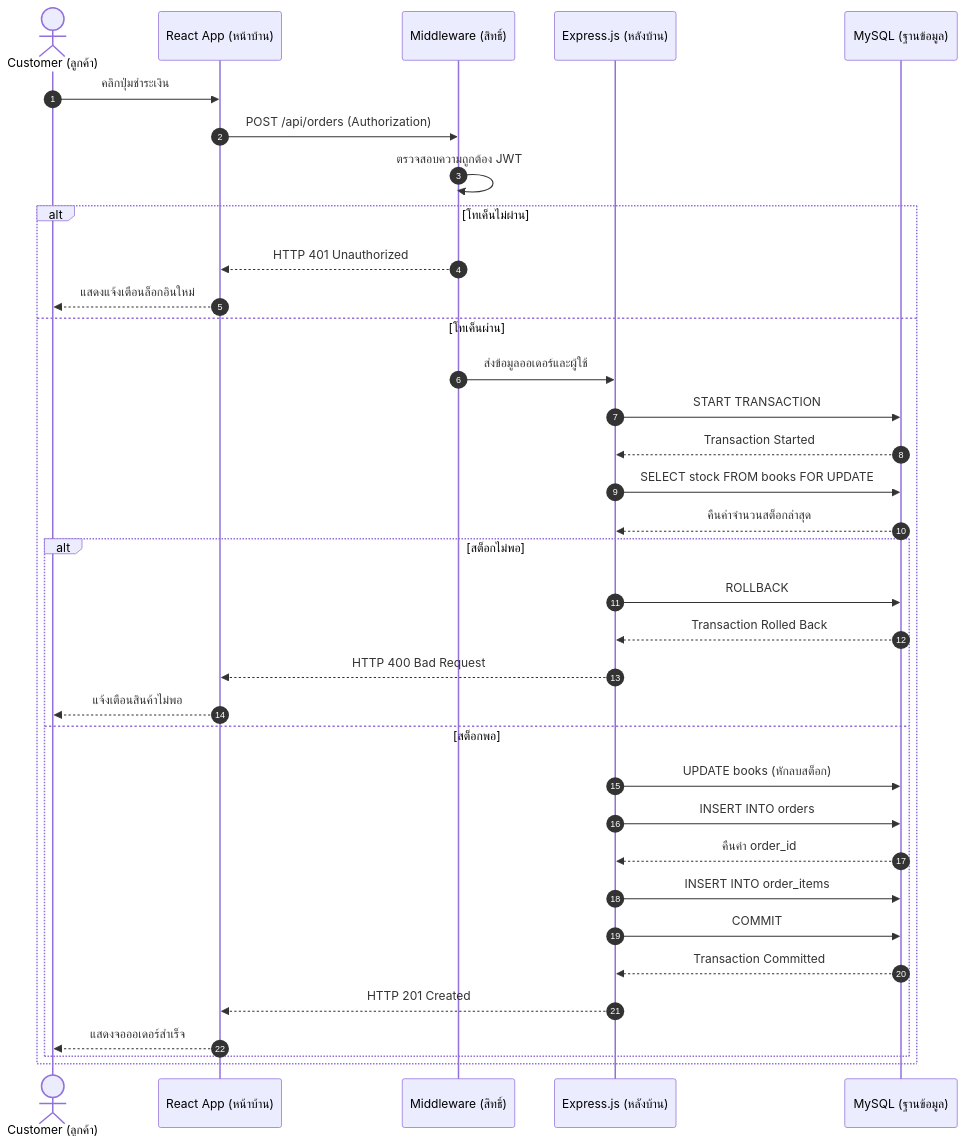
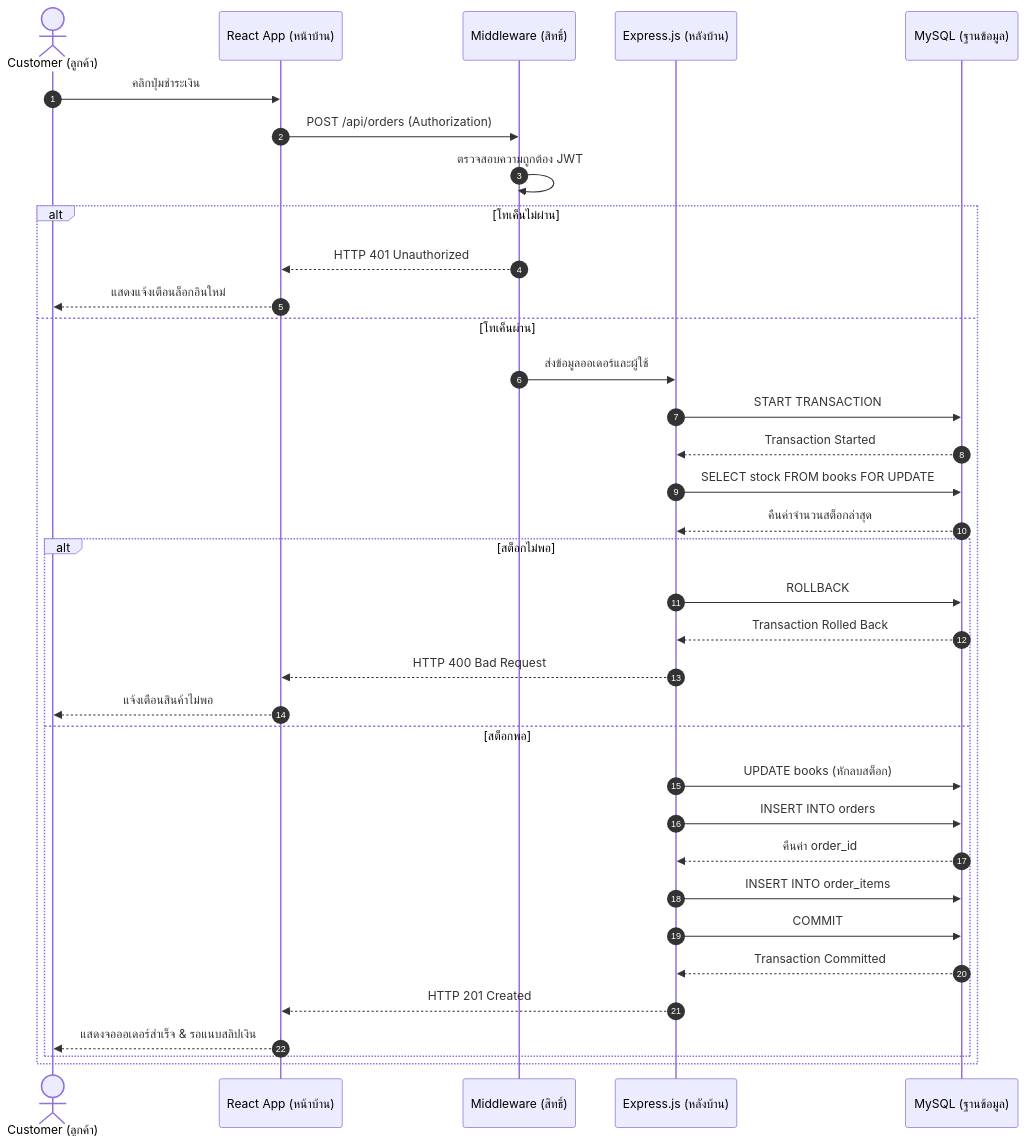
Before and after one commit to SupvichSpuGM/online-bookstore: the fifth of 13 diagrams in Diagram.md, drawn with Mermaid. The commit also changed other lines of this file and 3 other files, not shown here.

Commit message:
แก้ไข diagram#1

````diff
--- a/Diagram.md
+++ b/Diagram.md
@@ -146,40 +289,40 @@
 ```mermaid
 sequenceDiagram
     autonumber
     actor Customer as Customer (ลูกค้า)
     participant Client as React App (หน้าบ้าน)
     participant AuthMW as Middleware (สิทธิ์)
     participant API as Express.js (หลังบ้าน)
     participant DB as MySQL (ฐานข้อมูล)
 
     Customer->>Client: คลิกปุ่มชำระเงิน
     Client->>AuthMW: POST /api/orders (Authorization)
     AuthMW->>AuthMW: ตรวจสอบความถูกต้อง JWT
 
     alt โทเค็นไม่ผ่าน
         AuthMW-->>Client: HTTP 401 Unauthorized
         Client-->>Customer: แสดงแจ้งเตือนล็อกอินใหม่
     else โทเค็นผ่าน
         AuthMW->>API: ส่งข้อมูลออเดอร์และผู้ใช้
         API->>DB: START TRANSACTION
         DB-->>API: Transaction Started
         API->>DB: SELECT stock FROM books FOR UPDATE
         DB-->>API: คืนค่าจำนวนสต็อกล่าสุด
 
         alt สต็อกไม่พอ
             API->>DB: ROLLBACK
             DB-->>API: Transaction Rolled Back
             API-->>Client: HTTP 400 Bad Request
             Client-->>Customer: แจ้งเตือนสินค้าไม่พอ
         else สต็อกพอ
             API->>DB: UPDATE books (หักลบสต็อก)
             API->>DB: INSERT INTO orders
             DB-->>API: คืนค่า order_id
             API->>DB: INSERT INTO order_items
             API->>DB: COMMIT
             DB-->>API: Transaction Committed
             API-->>Client: HTTP 201 Created
-            Client-->>Customer: แสดงจอออเดอร์สำเร็จ
+            Client-->>Customer: แสดงจอออเดอร์สำเร็จ & รอแนบสลิปเงิน
         end
     end
 ```
````
